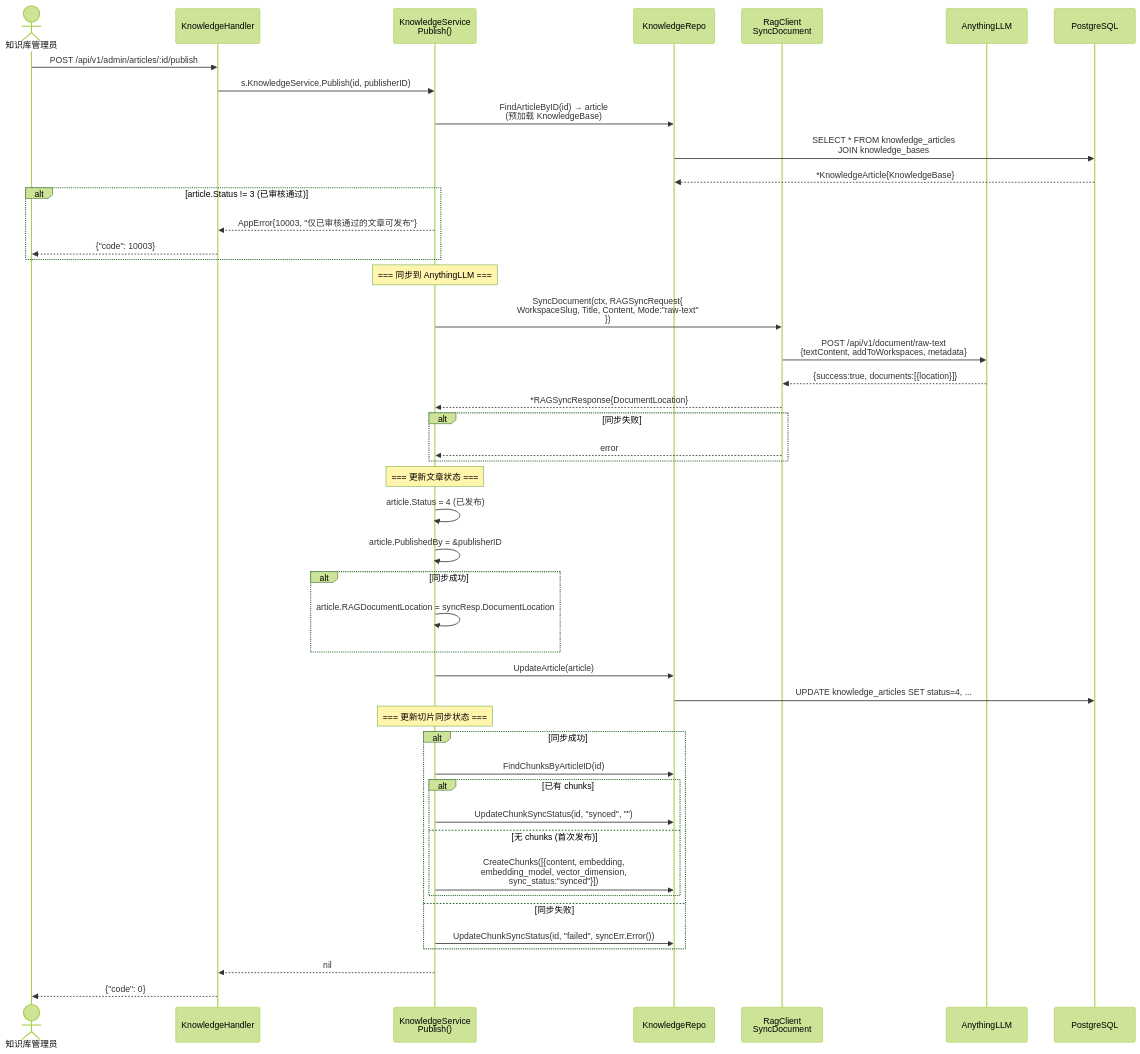
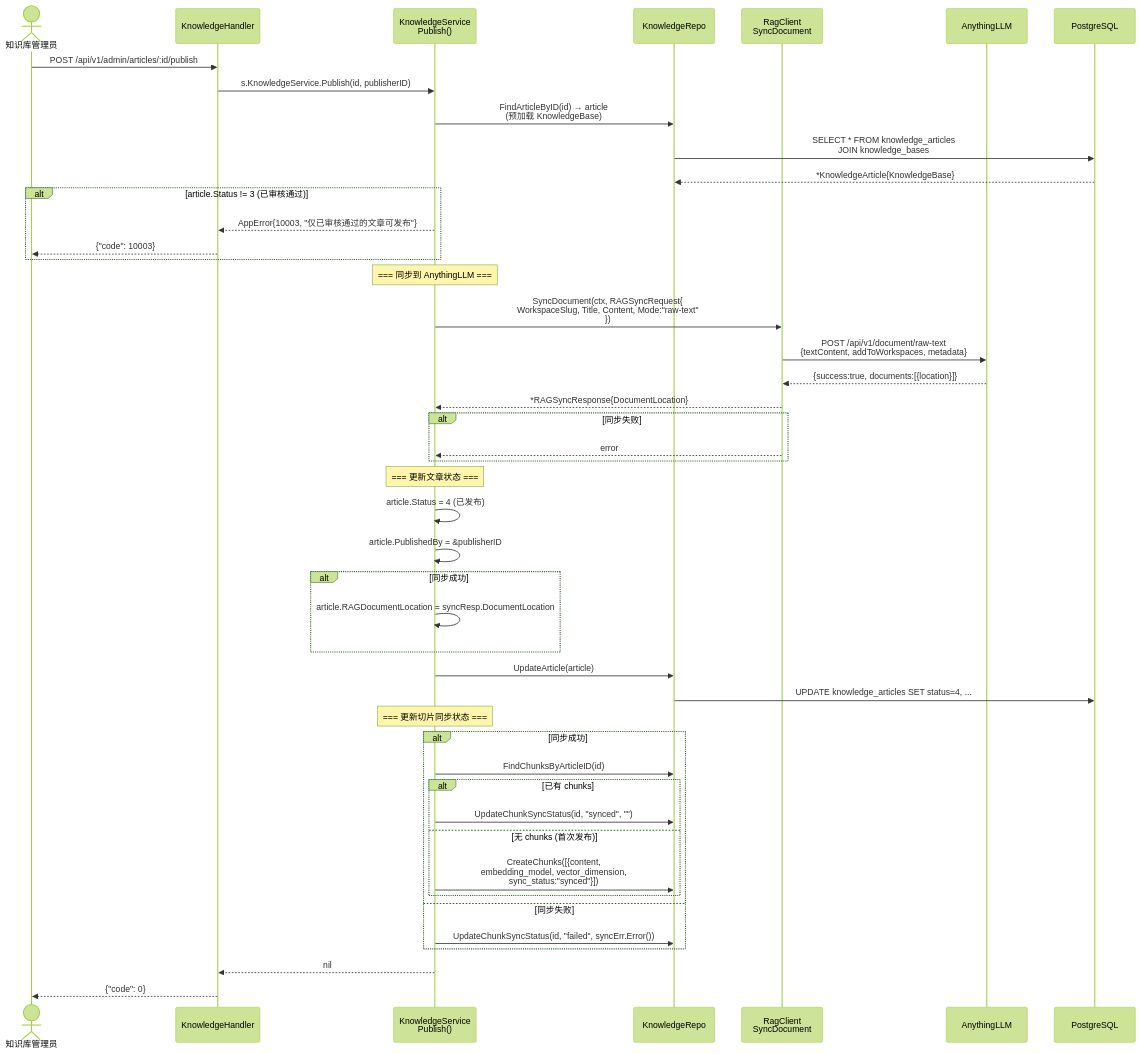
The third of 5 diagrams in docs/diagrams/knowledge-publish-flow.md (hua-2005/OpsMind), drawn with Mermaid (forest theme) before and after one commit. The commit also changed 12 other files, not shown here.

````diff
--- a/docs/diagrams/knowledge-publish-flow.md
+++ b/docs/diagrams/knowledge-publish-flow.md
@@ -85,56 +85,56 @@
 ```mermaid
 sequenceDiagram
     actor A as 知识库管理员
     participant KH as KnowledgeHandler
     participant KS as KnowledgeService<br/>Publish()
     participant KR as KnowledgeRepo
     participant Rag as RagClient<br/>SyncDocument
     participant AL as AnythingLLM
     participant DB as PostgreSQL
 
     A->>KH: POST /api/v1/admin/articles/:id/publish
     KH->>KS: s.KnowledgeService.Publish(id, publisherID)
     
     KS->>KR: FindArticleByID(id) → article<br/>(预加载 KnowledgeBase)
     KR->>DB: SELECT * FROM knowledge_articles<br/>JOIN knowledge_bases
     DB-->>KR: *KnowledgeArticle{KnowledgeBase}
     
     alt article.Status != 3 (已审核通过)
         KS-->>KH: AppError{10003, "仅已审核通过的文章可发布"}
         KH-->>A: {"code": 10003}
     end
     
     Note over KS: === 同步到 AnythingLLM ===
     KS->>Rag: SyncDocument(ctx, RAGSyncRequest{<br/>  WorkspaceSlug, Title, Content, Mode:"raw-text"<br/>})
     Rag->>AL: POST /api/v1/document/raw-text<br/>{textContent, addToWorkspaces, metadata}
     AL-->>Rag: {success:true, documents:[{location}]}
     Rag-->>KS: *RAGSyncResponse{DocumentLocation}
     
     alt 同步失败
         Rag-->>KS: error
     end
     
     Note over KS: === 更新文章状态 ===
     KS->>KS: article.Status = 4 (已发布)
     KS->>KS: article.PublishedBy = &publisherID
     alt 同步成功
         KS->>KS: article.RAGDocumentLocation = syncResp.DocumentLocation
     end
     KS->>KR: UpdateArticle(article)
     KR->>DB: UPDATE knowledge_articles SET status=4, ...
     
     Note over KS: === 更新切片同步状态 ===
     alt 同步成功
         KS->>KR: FindChunksByArticleID(id)
         alt 已有 chunks
             KS->>KR: UpdateChunkSyncStatus(id, "synced", "")
         else 无 chunks (首次发布)
-            KS->>KR: CreateChunks([{content, embedding,<br/>  embedding_model, vector_dimension,<br/>  sync_status:"synced"}])
+            KS->>KR: CreateChunks([{content,<br/>  embedding_model, vector_dimension,<br/>  sync_status:"synced"}])
         end
     else 同步失败
         KS->>KR: UpdateChunkSyncStatus(id, "failed", syncErr.Error())
     end
     
     KS-->>KH: nil
     KH-->>A: {"code": 0}
 ```
````
